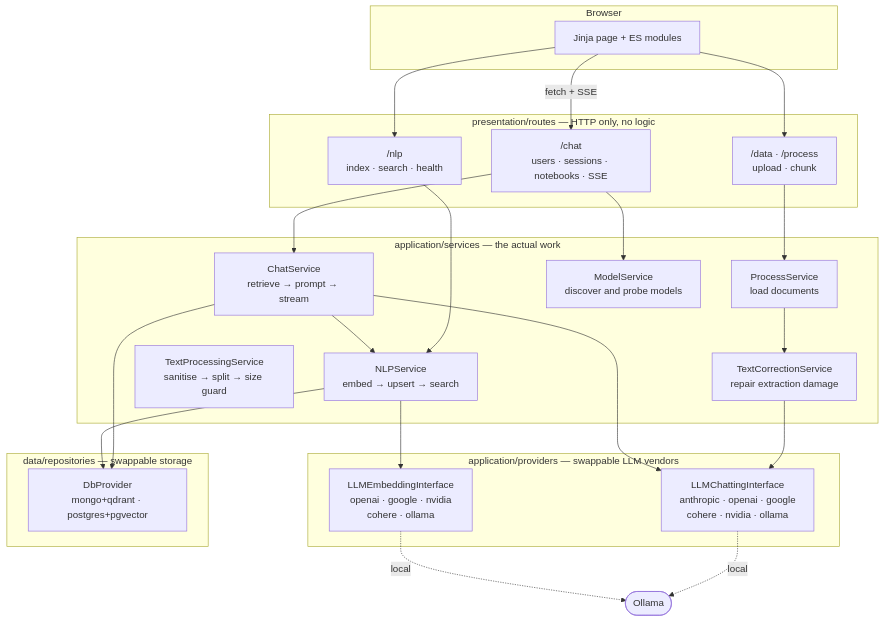
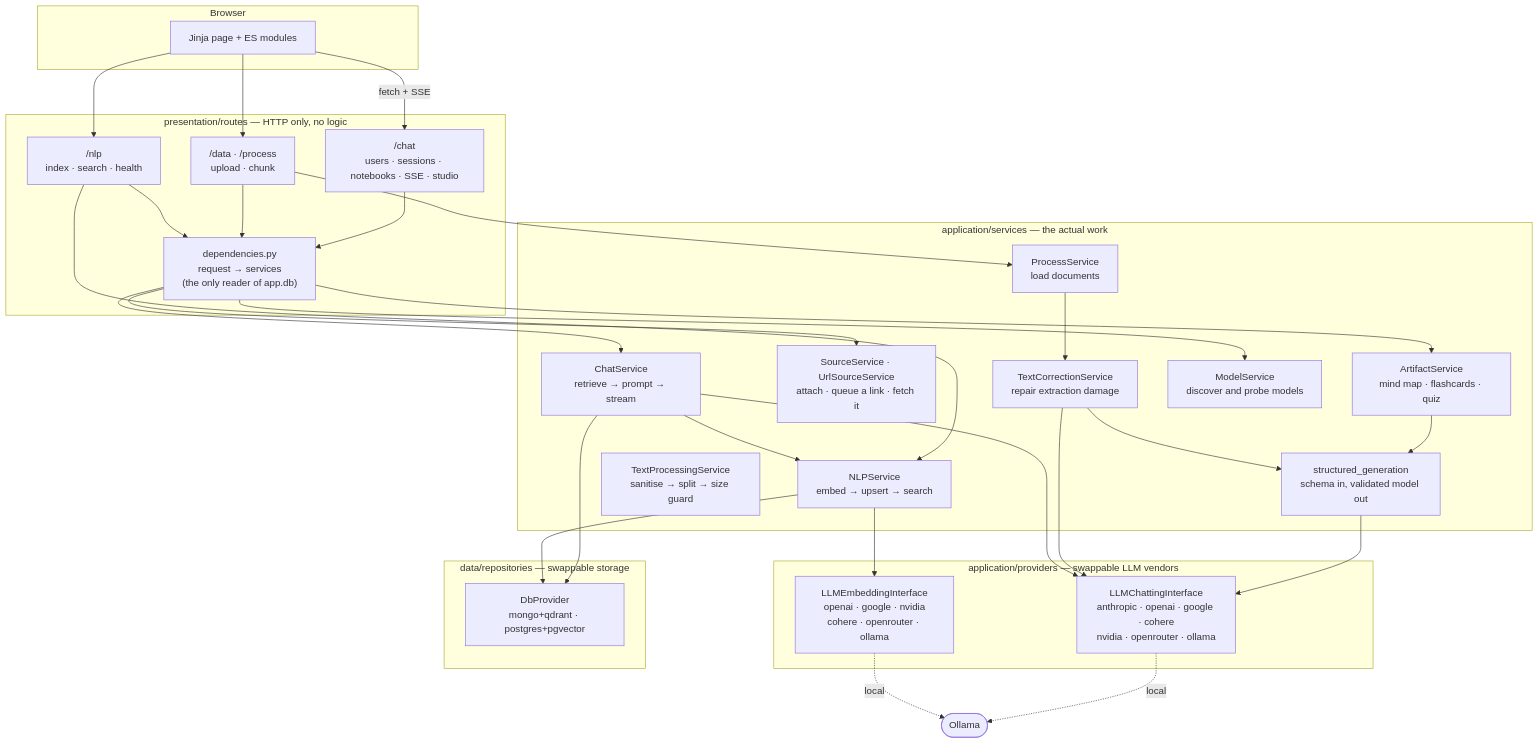
Before and after one commit to omarTBakr/notebookllm-minus: the second of 5 diagrams in README.md, drawn with Mermaid. The commit also changed other lines of this file and 172 other files, not shown here.

````diff
--- a/README.md
+++ b/README.md
@@ -269,47 +290,59 @@
 ```mermaid
 flowchart TB
     subgraph browser["Browser"]
         UI["Jinja page + ES modules"]
     end
 
     subgraph routes["presentation/routes — HTTP only, no logic"]
-        R1["/chat<br/>users · sessions · notebooks · SSE"]
+        R1["/chat<br/>users · sessions · notebooks · SSE · studio"]
         R2["/data · /process<br/>upload · chunk"]
         R3["/nlp<br/>index · search · health"]
+        DEP["dependencies.py<br/>request → services<br/>(the only reader of app.db)"]
     end
 
     subgraph services["application/services — the actual work"]
         C1["ChatService<br/>retrieve → prompt → stream"]
         C2["ProcessService<br/>load documents"]
+        C7["SourceService · UrlSourceService<br/>attach · queue a link · fetch it"]
+        C9["ArtifactService<br/>mind map · flashcards · quiz"]
+        C8["structured_generation<br/>schema in, validated model out"]
         C6["TextCorrectionService<br/>repair extraction damage"]
         C5["TextProcessingService<br/>sanitise → split → size guard"]
         C3["NLPService<br/>embed → upsert → search"]
         C4["ModelService<br/>discover and probe models"]
     end
 
     subgraph providers["application/providers — swappable LLM vendors"]
-        P1["LLMChattingInterface<br/>anthropic · openai · google<br/>cohere · nvidia · ollama"]
-        P2["LLMEmbeddingInterface<br/>openai · google · nvidia<br/>cohere · ollama"]
+        P1["LLMChattingInterface<br/>anthropic · openai · google · cohere<br/>nvidia · openrouter · ollama"]
+        P2["LLMEmbeddingInterface<br/>openai · google · nvidia<br/>cohere · openrouter · ollama"]
     end
 
     subgraph data["data/repositories — swappable storage"]
         P3["DbProvider<br/>mongo+qdrant · postgres+pgvector"]
     end
 
     UI -->|"fetch + SSE"| R1
     UI --> R2
     UI --> R3
-    R1 --> C1
-    R1 --> C4
+    R1 --> DEP
+    R2 --> DEP
+    R3 --> DEP
+    DEP --> C1
+    DEP --> C4
+    DEP --> C7
+    DEP --> C9
+    C9 --> C8
     R2 --> C2
     C2 --> C6
+    C6 --> C8
+    C8 --> P1
     C6 --> P1
     R3 --> C3
     C1 --> C3
     C1 --> P1
     C3 --> P2
     C1 --> P3
     C3 --> P3
     P1 -.->|"local"| O(["Ollama"])
     P2 -.->|"local"| O
 ```
````
